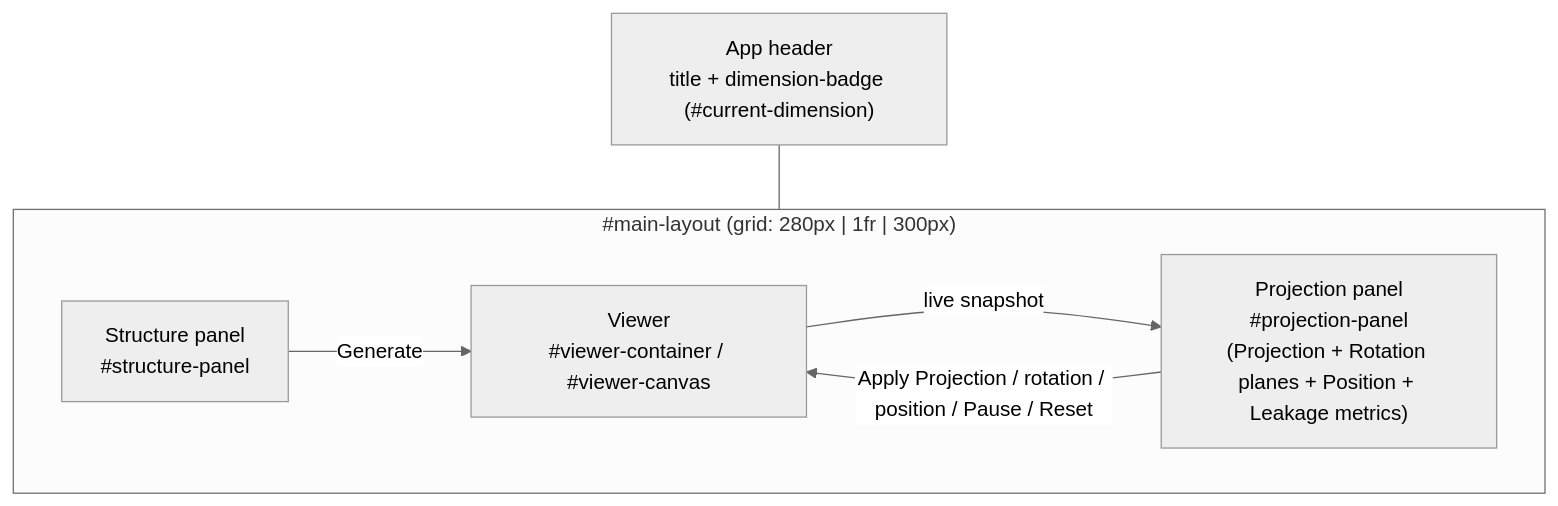
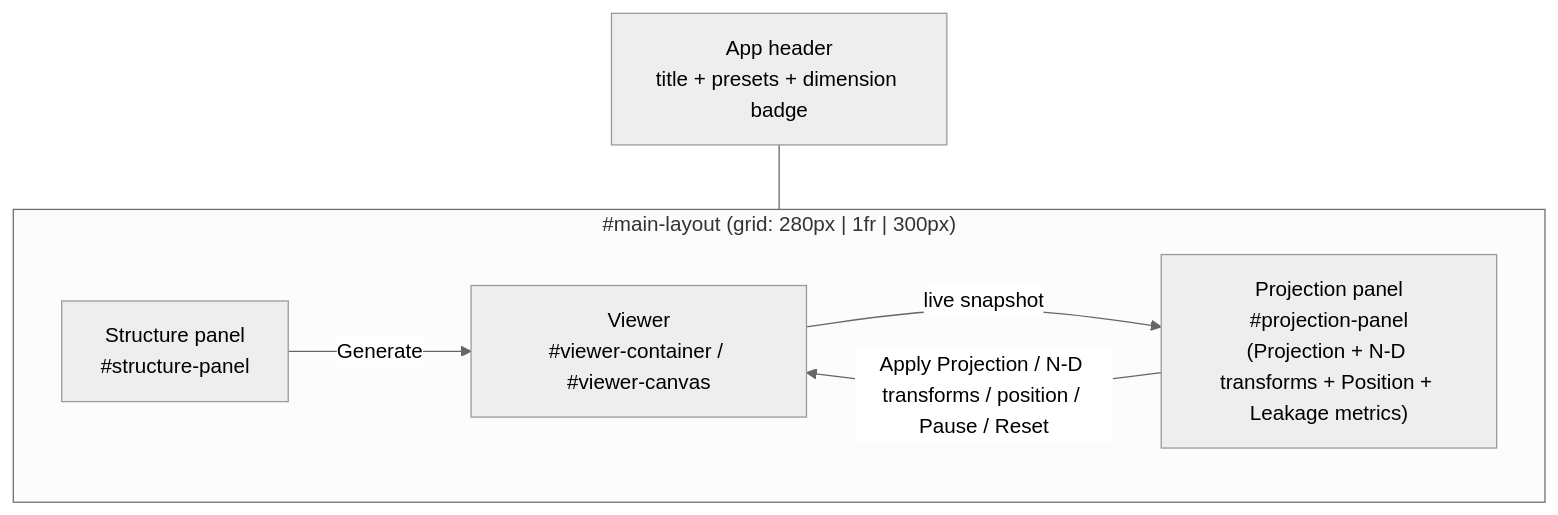
The diagram in docs/ui-controls.md (xilemma/Visual), drawn with Mermaid (neutral theme) before and after one commit. The commit also changed other lines of this file and 13 other files, not shown here.

````diff
--- a/docs/ui-controls.md
+++ b/docs/ui-controls.md
@@ -31,14 +33,14 @@
 ```mermaid
 flowchart TB
-    Header["App header<br/>title + dimension-badge (#current-dimension)"]
+    Header["App header<br/>title + presets + dimension badge"]
     subgraph Layout["#main-layout (grid: 280px | 1fr | 300px)"]
         direction LR
         Structure["Structure panel<br/>#structure-panel"]
         Viewer["Viewer<br/>#viewer-container / #viewer-canvas"]
-        Projection["Projection panel<br/>#projection-panel<br/>(Projection + Rotation planes + Position + Leakage metrics)"]
+        Projection["Projection panel<br/>#projection-panel<br/>(Projection + N-D transforms + Position + Leakage metrics)"]
     end
     Header --- Layout
     Structure -- "Generate" --> Viewer
-    Projection -- "Apply Projection / rotation / position / Pause / Reset" --> Viewer
+    Projection -- "Apply Projection / N-D transforms / position / Pause / Reset" --> Viewer
     Viewer -- "live snapshot" --> Projection
 ```
````
